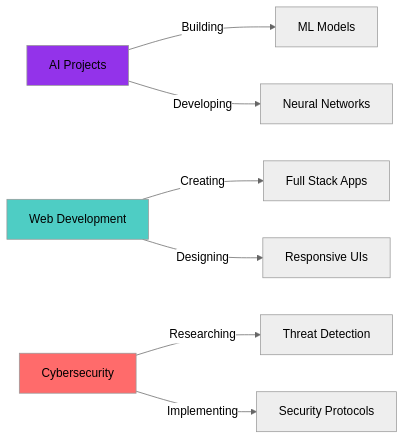
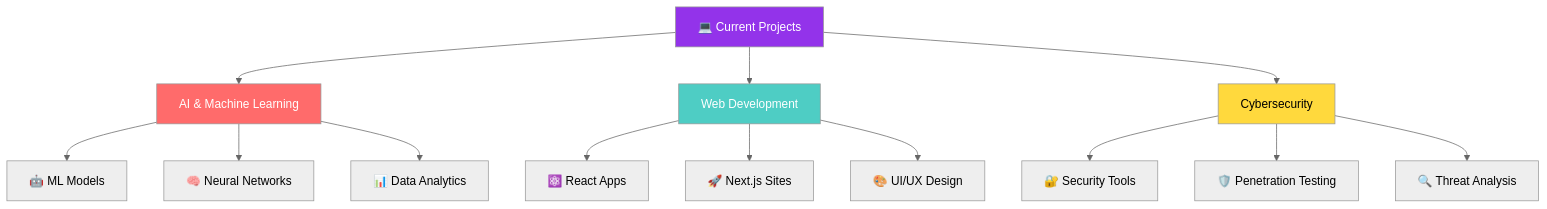
One commit to Ali-hey-0/Ali-hey-0 changed the diagram in README.md. Above: the diagram before and after it, drawn with Mermaid (neutral theme). The commit also changed other lines of this file, not shown here.

````diff
--- a/README.md
+++ b/README.md
@@ -251,13 +256,23 @@
 ```mermaid
-graph LR
-    A[AI Projects] -->|Building| B[ML Models]
-    A -->|Developing| C[Neural Networks]
-    D[Web Development] -->|Creating| E[Full Stack Apps]
-    D -->|Designing| F[Responsive UIs]
-    G[Cybersecurity] -->|Researching| H[Threat Detection]
-    G -->|Implementing| I[Security Protocols]
+graph TB
+    A[💻 Current Projects] --> B[AI & Machine Learning]
+    A --> C[Web Development]
+    A --> D[Cybersecurity]
     
-    style A fill:#9333EA
-    style D fill:#4ECDC4
-    style G fill:#FF6B6B
+    B --> B1[🤖 ML Models]
+    B --> B2[🧠 Neural Networks]
+    B --> B3[📊 Data Analytics]
+    
+    C --> C1[⚛️ React Apps]
+    C --> C2[🚀 Next.js Sites]
+    C --> C3[🎨 UI/UX Design]
+    
+    D --> D1[🔐 Security Tools]
+    D --> D2[🛡️ Penetration Testing]
+    D --> D3[🔍 Threat Analysis]
+    
+    style A fill:#9333EA,color:#fff
+    style B fill:#FF6B6B,color:#fff
+    style C fill:#4ECDC4,color:#fff
+    style D fill:#FFD93D,color:#000
 ```
````
